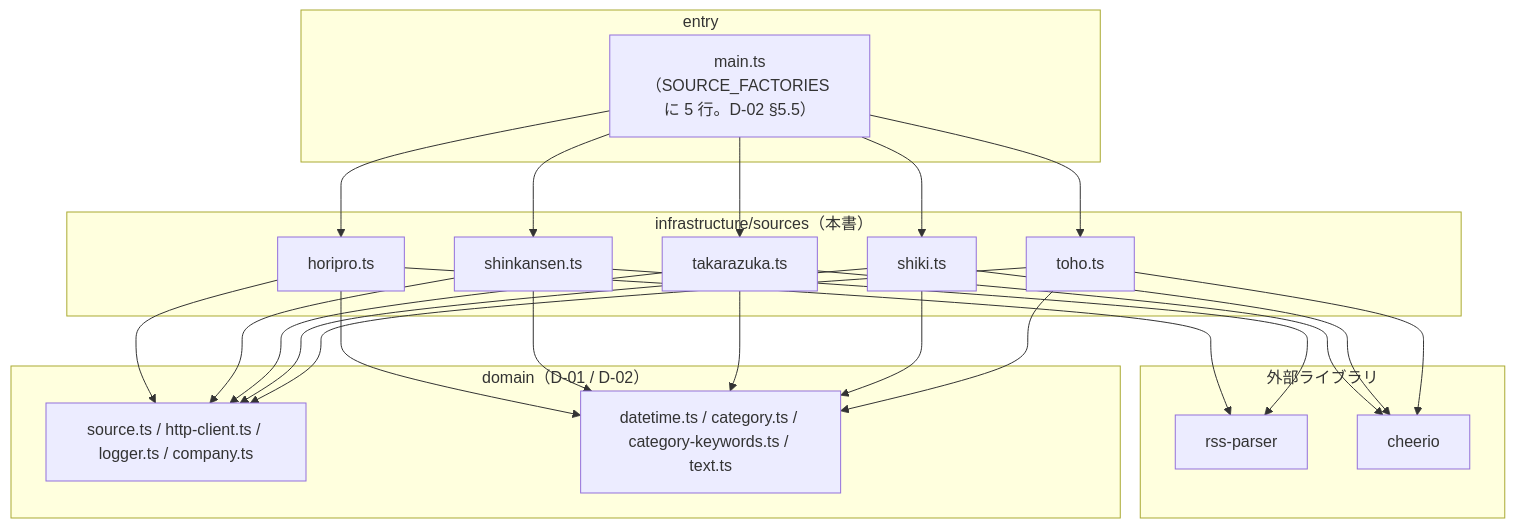
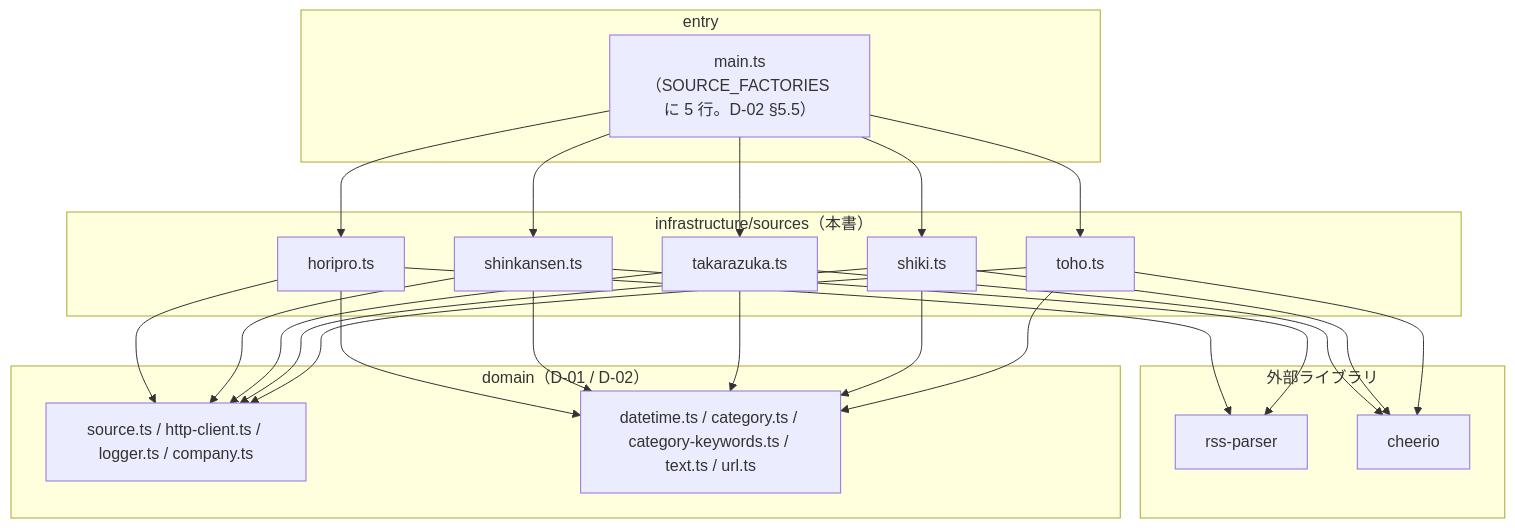
Before and after one commit to sss-kato/curtaincall: the first of 3 diagrams in docs/design/D-03.md, drawn with Mermaid. The commit also changed other lines of this file and 4 other files, not shown here.

````diff
--- a/docs/design/D-03.md
+++ b/docs/design/D-03.md
@@ -39,41 +40,41 @@
 ```mermaid
 flowchart TB
   subgraph entry["entry"]
     MAIN["main.ts（SOURCE_FACTORIES に 5 行。D-02 §5.5）"]
   end
   subgraph infra["infrastructure/sources（本書）"]
     HOR["horipro.ts"]
     SHN["shinkansen.ts"]
     TAK["takarazuka.ts"]
     SHK["shiki.ts"]
     TOH["toho.ts"]
   end
   subgraph libs["外部ライブラリ"]
     RSS["rss-parser"]
     CH["cheerio"]
   end
   subgraph dom["domain（D-01 / D-02）"]
     PORTS["source.ts / http-client.ts / logger.ts / company.ts"]
-    PURE["datetime.ts / category.ts / category-keywords.ts / text.ts"]
+    PURE["datetime.ts / category.ts / category-keywords.ts / text.ts / url.ts"]
   end
   MAIN --> HOR
   MAIN --> SHN
   MAIN --> TAK
   MAIN --> SHK
   MAIN --> TOH
   HOR --> RSS
   SHN --> RSS
   TAK --> CH
   SHK --> CH
   TOH --> CH
   HOR --> PORTS
   SHN --> PORTS
   TAK --> PORTS
   SHK --> PORTS
   TOH --> PORTS
   HOR --> PURE
   SHN --> PURE
   TAK --> PURE
   SHK --> PURE
   TOH --> PURE
 ```
````
